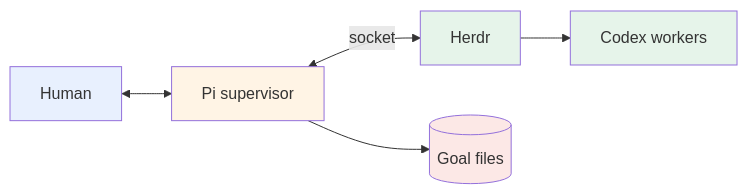
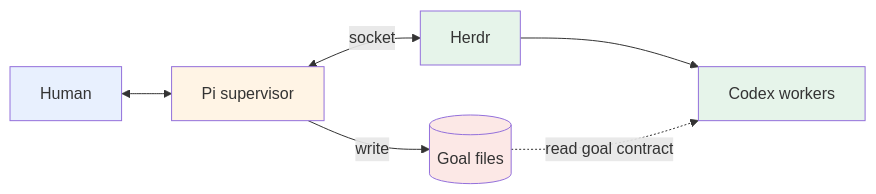
The first of 4 diagrams in docs/design.md (hao1939/herdr-supervisor), drawn with Mermaid before and after one commit. The commit also changed other lines of this file and 2 other files, not shown here.

Commit message:
refine architecture and pending-work guidance

````diff
--- a/docs/design.md
+++ b/docs/design.md
@@ -93,13 +93,14 @@
 ```mermaid
 flowchart LR
     U[Human] <--> S[Pi supervisor]
     S <-->|socket| H[Herdr]
     H --> W[Codex workers]
-    S --> F[(Goal files)]
+    S -->|write| F[(Goal files)]
+    F -.->|read goal contract| W
 
     style U fill:#e8f0fe
     style S fill:#fff4e5
     style H fill:#e6f4ea
     style W fill:#e6f4ea
     style F fill:#fce8e6
 ```
````
